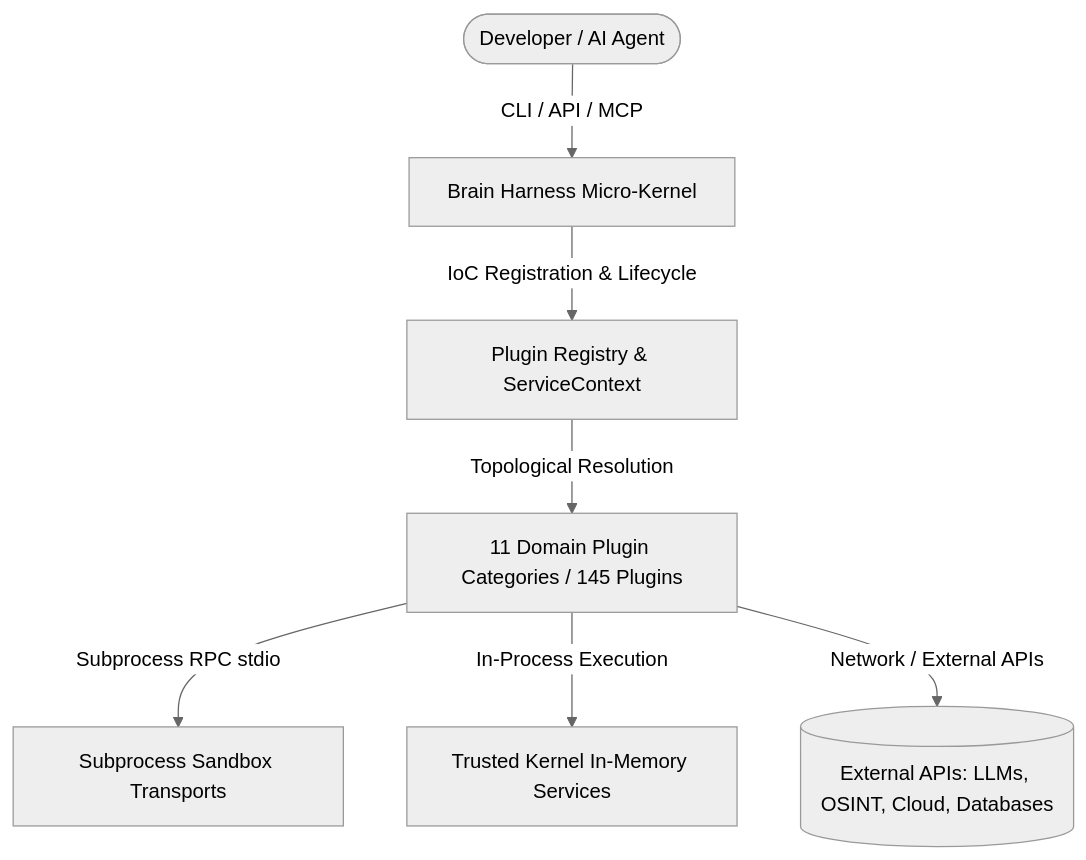
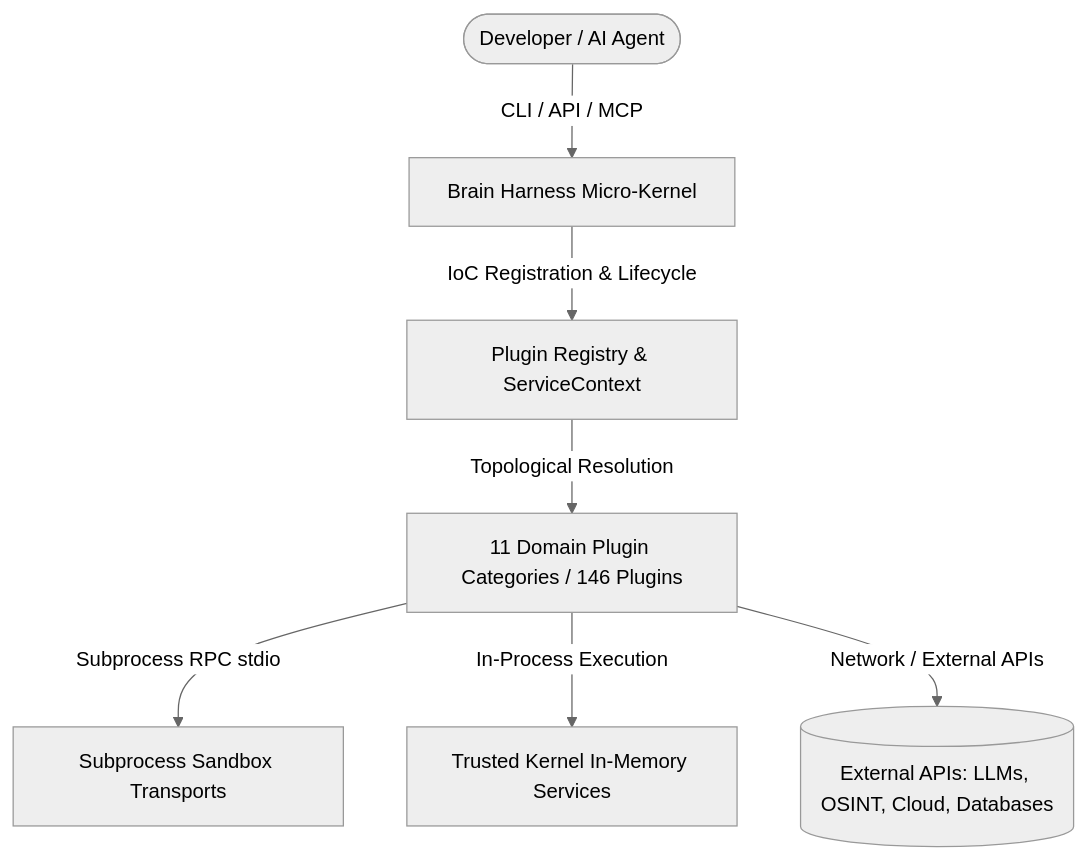
Before and after one commit to SpectreDeath/Brain-Harness: the first of 2 diagrams in plugins/README.md, drawn with Mermaid (neutral theme). The commit also changed 18 other files, not shown here.

````diff
--- a/plugins/README.md
+++ b/plugins/README.md
@@ -11,9 +11,9 @@
 ```mermaid
 flowchart TD
     User([Developer / AI Agent]) -->|CLI / API / MCP| Kernel[Brain Harness Micro-Kernel]
     Kernel -->|IoC Registration & Lifecycle| Registry[Plugin Registry & ServiceContext]
-    Registry -->|Topological Resolution| Plugins[11 Domain Plugin Categories / 145 Plugins]
+    Registry -->|Topological Resolution| Plugins[11 Domain Plugin Categories / 146 Plugins]
     Plugins -->|Subprocess RPC stdio| Sandbox[Subprocess Sandbox Transports]
     Plugins -->|In-Process Execution| CoreServices[Trusted Kernel In-Memory Services]
     Plugins -->|Network / External APIs| External[(External APIs: LLMs, OSINT, Cloud, Databases)]
 ```
````
